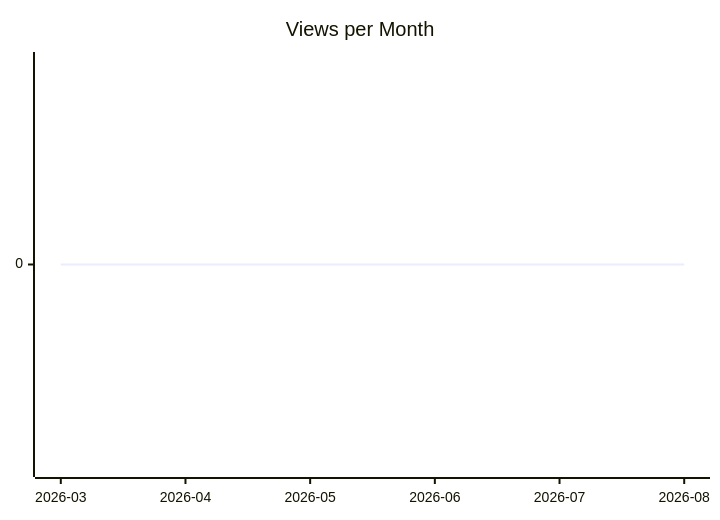
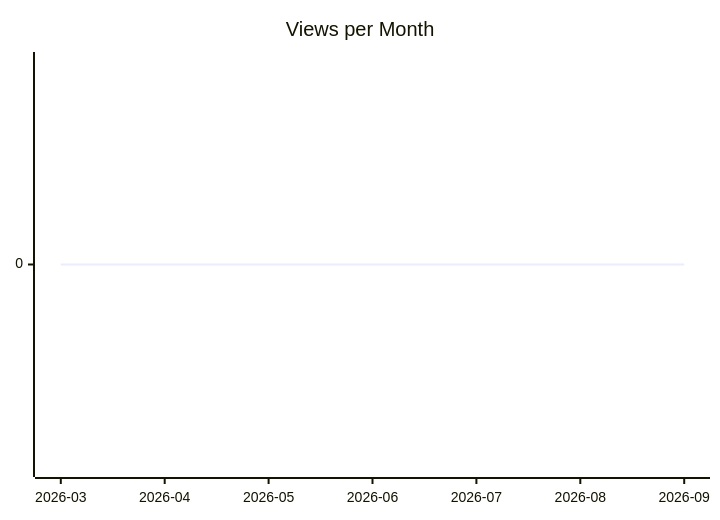
Before and after one commit to justdavis-family/github-analytics-data: the second of 3 diagrams in karlmdavis/sample-maven-and-rcp/README.md, drawn with Mermaid. The commit also changed other lines of this file and 191 other files, not shown here.

````diff
--- a/karlmdavis/sample-maven-and-rcp/README.md
+++ b/karlmdavis/sample-maven-and-rcp/README.md
@@ -12,6 +12,6 @@
 ```mermaid
 xychart-beta
   title "Views per Month"
-  x-axis ["2026-03", "2026-04", "2026-05", "2026-06", "2026-07", "2026-08"]
-  line [0, 0, 0, 0, 0, 0]
+  x-axis ["2026-03", "2026-04", "2026-05", "2026-06", "2026-07", "2026-08", "2026-09"]
+  line [0, 0, 0, 0, 0, 0, 0]
 ```
````
